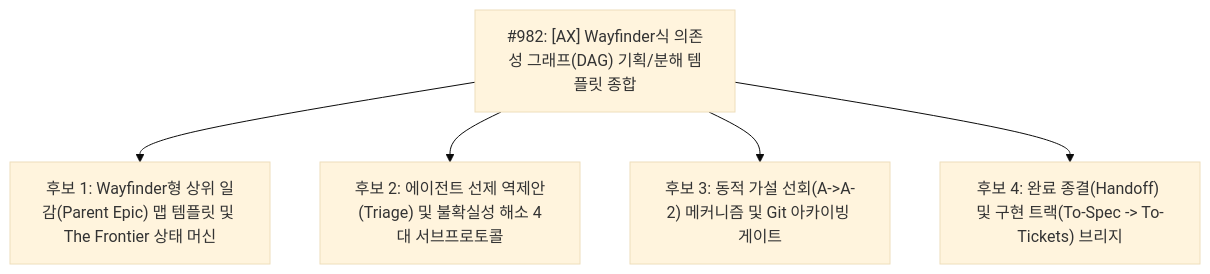
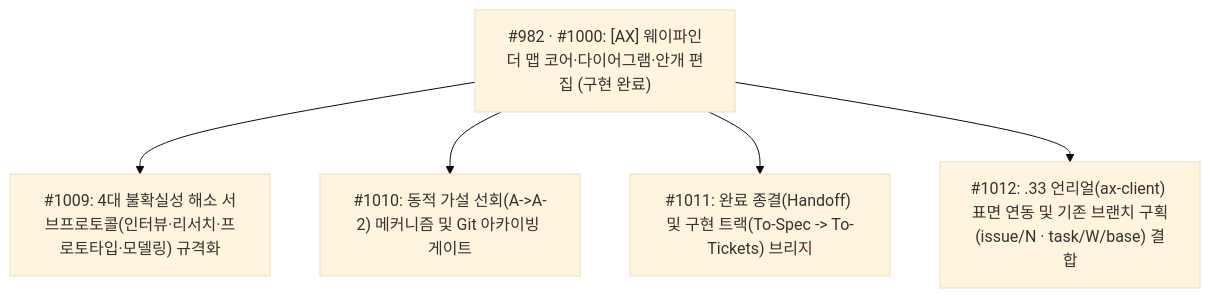
Before and after one commit to SimSeoWon/ax-cluster: the diagram in reports/research/2026-11-18-982-wayfinder-analysis.md, drawn with Mermaid (base theme). The commit also changed other lines of this file and 1 other file, not shown here.

Commit message:
docs(#982): 웨이파인더 4인 언리얼 환경 검토 리포트 개정 및 온보딩 런북 최신화

````diff
--- a/reports/research/2026-11-18-982-wayfinder-analysis.md
+++ b/reports/research/2026-11-18-982-wayfinder-analysis.md
@@ -92,14 +47,14 @@
 ```mermaid
 graph TD
-    Parent["#982: [AX] Wayfinder식 의존성 그래프(DAG) 기획/분해 템플릿 종합"]
+    Parent["#982 · #1000: [AX] 웨이파인더 맵 코어·다이어그램·안개 편집 (구현 완료)"]
     
-    Sub1["후보 1: Wayfinder형 상위 일감(Parent Epic) 맵 템플릿 및 The Frontier 상태 머신"]
-    Sub2["후보 2: 에이전트 선제 역제안(Triage) 및 불확실성 해소 4대 서브프로토콜"]
-    Sub3["후보 3: 동적 가설 선회(A->A-2) 메커니즘 및 Git 아카이빙 게이트"]
-    Sub4["후보 4: 완료 종결(Handoff) 및 구현 트랙(To-Spec -> To-Tickets) 브리지"]
+    Sub1["#1009: 4대 불확실성 해소 서브프로토콜(인터뷰·리서치·프로토타입·모델링) 규격화"]
+    Sub2["#1010: 동적 가설 선회(A->A-2) 메커니즘 및 Git 아카이빙 게이트"]
+    Sub3["#1011: 완료 종결(Handoff) 및 구현 트랙(To-Spec -> To-Tickets) 브리지"]
+    Sub4["#1012: .33 언리얼(ax-client) 표면 연동 및 기존 브랜치 구획(issue/N · task/W/base) 결합"]
 
     Parent --> Sub1
     Parent --> Sub2
     Parent --> Sub3
     Parent --> Sub4
 ```
````
